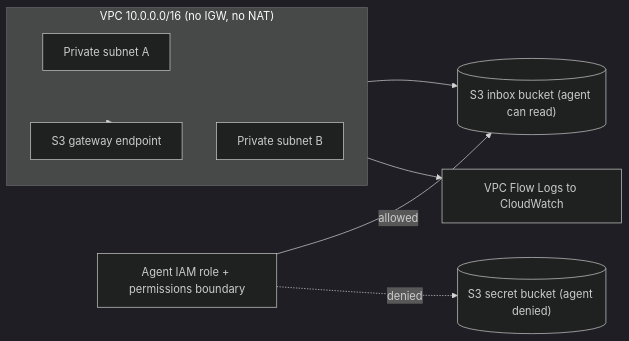
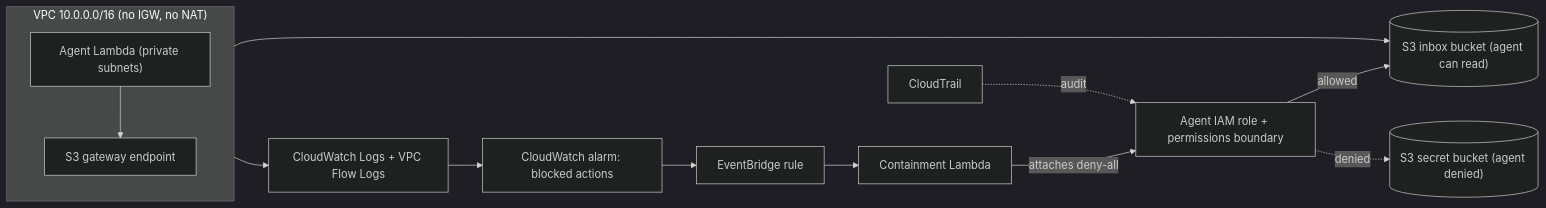
One commit to vviperinae/agent-cage changed the diagram in README.md. Above: the diagram before and after it, drawn with Mermaid (dark theme). The commit also changed other lines of this file and 9 other files, not shown here.

````diff
--- a/README.md
+++ b/README.md
@@ -31,18 +31,23 @@
 ```mermaid
 flowchart LR
     subgraph VPC["VPC 10.0.0.0/16 (no IGW, no NAT)"]
         direction TB
-        S1["Private subnet A"]
-        S2["Private subnet B"]
+        AGENT["Agent Lambda (private subnets)"]
         EP["S3 gateway endpoint"]
     end
-    ROLE["Agent IAM role + permissions boundary"]
     INBOX[("S3 inbox bucket (agent can read)")]
     SECRET[("S3 secret bucket (agent denied)")]
-    LOGS["VPC Flow Logs to CloudWatch"]
+    ROLE["Agent IAM role + permissions boundary"]
+    LOGS["CloudWatch Logs + VPC Flow Logs"]
+    ALARM["CloudWatch alarm: blocked actions"]
+    EB["EventBridge rule"]
+    CONTAIN["Containment Lambda"]
+    TRAIL["CloudTrail"]
 
-    VPC --> EP --> INBOX
+    AGENT --> EP --> INBOX
     ROLE -- "allowed" --> INBOX
     ROLE -. "denied" .-> SECRET
-    VPC --> LOGS
+    AGENT --> LOGS --> ALARM --> EB --> CONTAIN
+    CONTAIN -- "attaches deny-all" --> ROLE
+    TRAIL -. "audit" .-> ROLE
 ```
````
